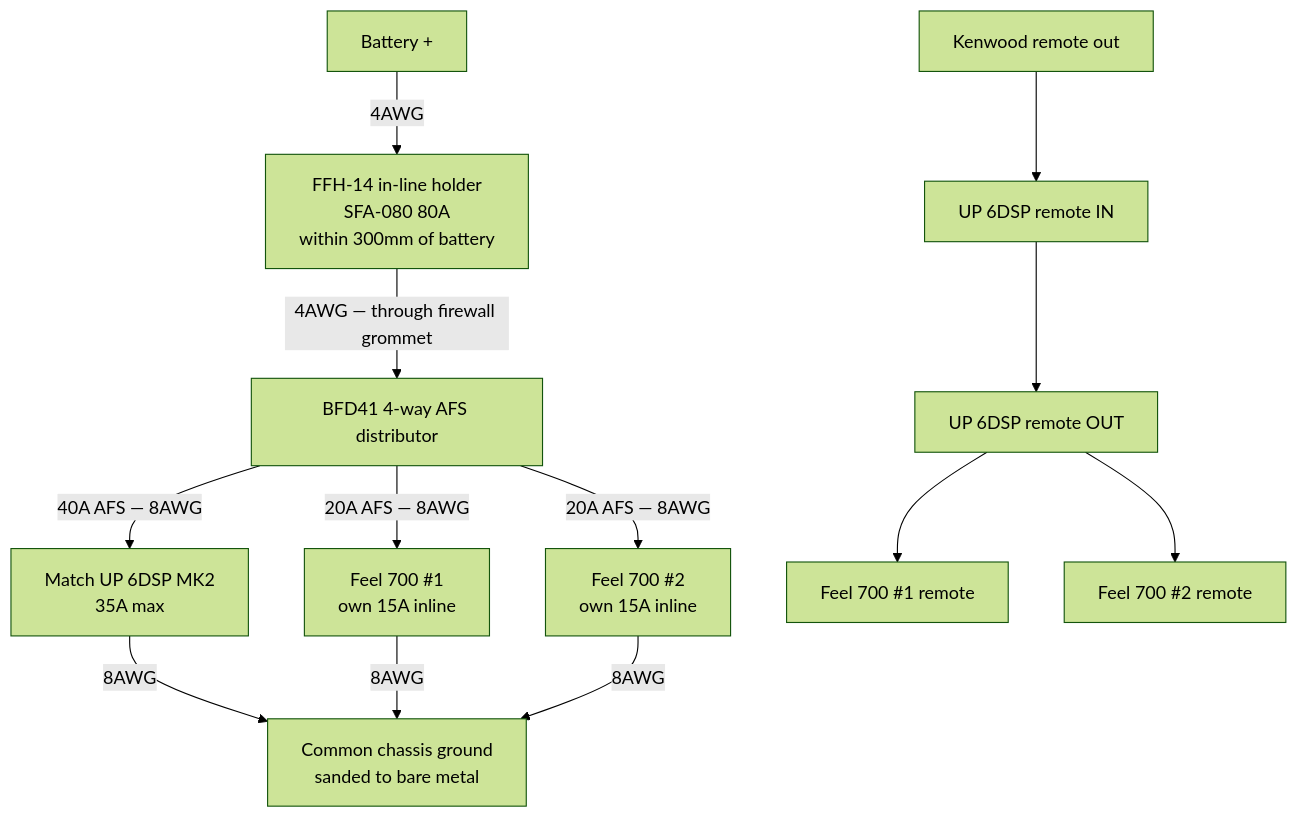
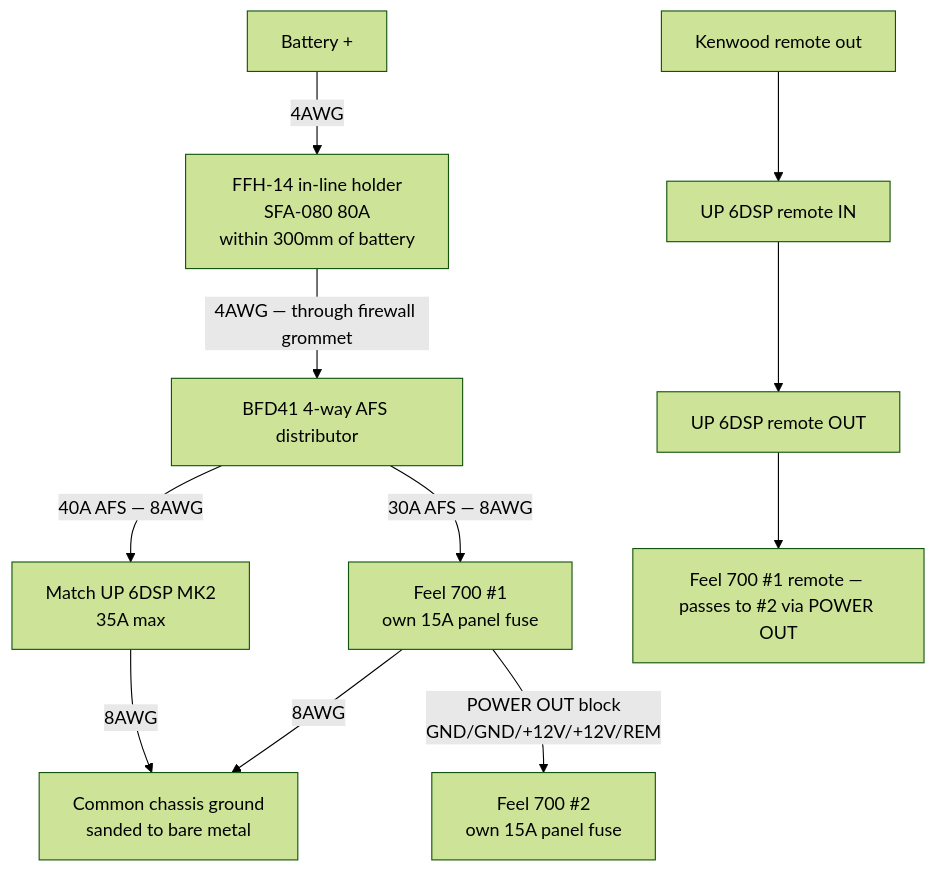
Before and after one commit to badsyntax/jimny-sound: the second of 2 diagrams in AUDIO-UPGRADE.md, drawn with Mermaid (forest theme). The commit also changed other lines of this file and 1 other file, not shown here.

First line of the commit message:
Correct the Feel 700 daisy-chain finding

````diff
--- a/AUDIO-UPGRADE.md
+++ b/AUDIO-UPGRADE.md
@@ -116,15 +121,13 @@
 ```mermaid
 flowchart TD
     BAT["Battery +"] -->|"4AWG"| FFH["FFH-14 in-line holder<br/>SFA-080 80A<br/>within 300mm of battery"]
     FFH -->|"4AWG — through firewall grommet"| BFD["BFD41 4-way AFS distributor"]
     BFD -->|"40A AFS — 8AWG"| AMP["Match UP 6DSP MK2<br/>35A max"]
-    BFD -->|"20A AFS — 8AWG"| S1["Feel 700 #1<br/>own 15A inline"]
-    BFD -->|"20A AFS — 8AWG"| S2["Feel 700 #2<br/>own 15A inline"]
+    BFD -->|"30A AFS — 8AWG"| S1["Feel 700 #1<br/>own 15A panel fuse"]
+    S1 -->|"POWER OUT block<br/>GND/GND/+12V/+12V/REM"| S2["Feel 700 #2<br/>own 15A panel fuse"]
     AMP -->|"8AWG"| GND["Common chassis ground<br/>sanded to bare metal"]
     S1 -->|"8AWG"| GND
-    S2 -->|"8AWG"| GND
     REM["Kenwood remote out"] --> AMPREM["UP 6DSP remote IN"]
     AMPREM --> AMPROUT["UP 6DSP remote OUT"]
-    AMPROUT --> S1R["Feel 700 #1 remote"]
-    AMPROUT --> S2R["Feel 700 #2 remote"]
+    AMPROUT --> S1R["Feel 700 #1 remote — passes to #2 via POWER OUT"]
 ```
````
